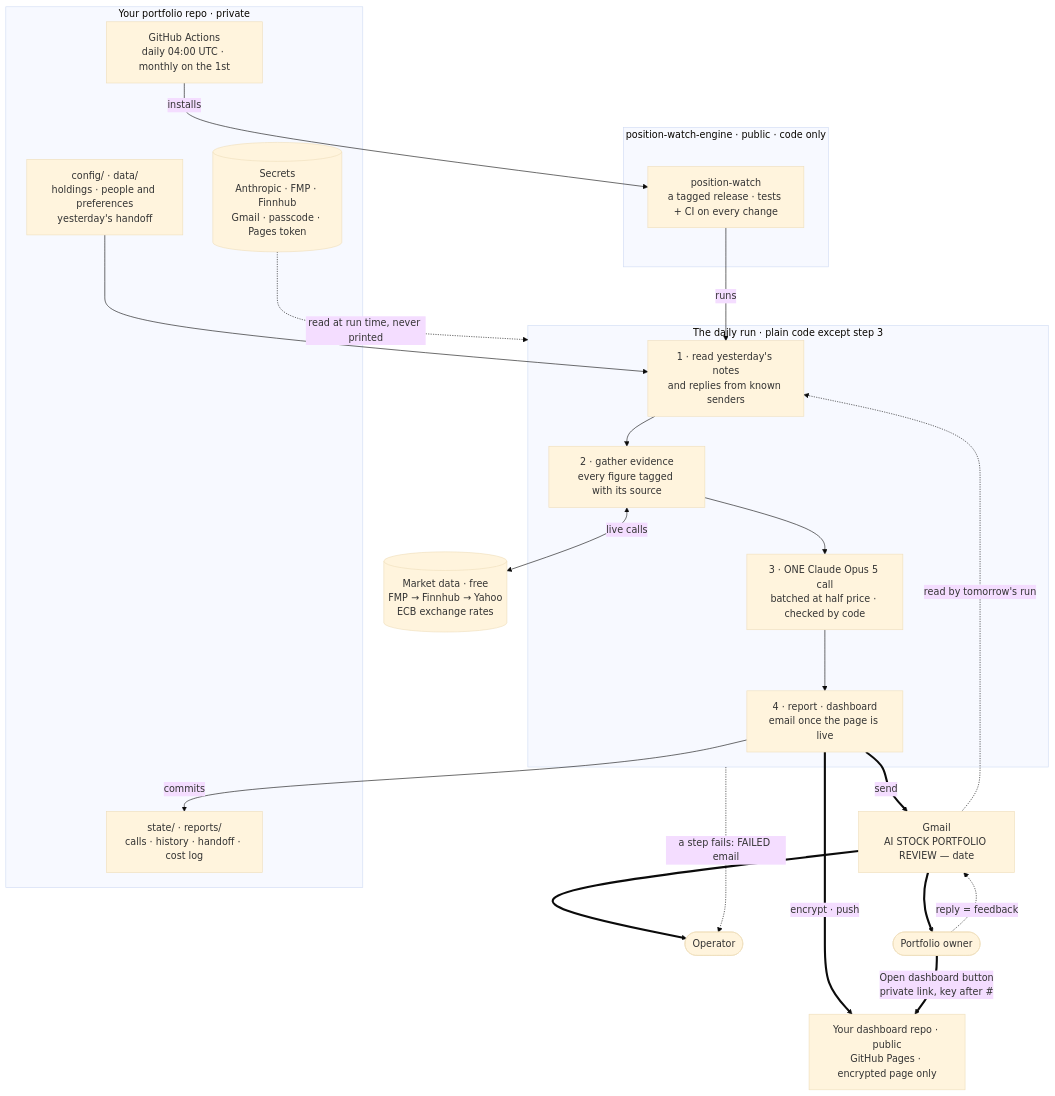
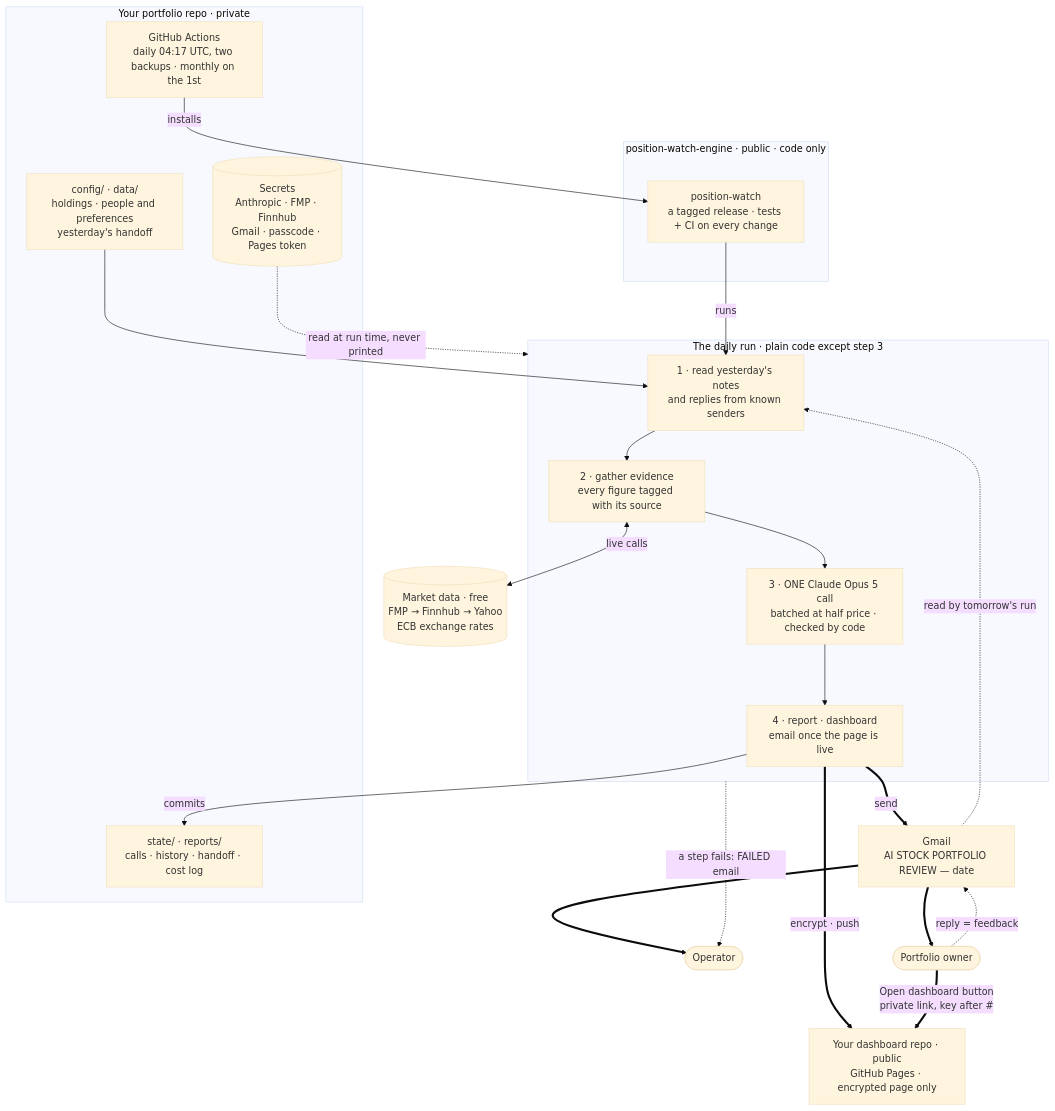
One commit to alexdiehl0/position-watch-engine changed the first of 3 diagrams in docs/architecture.md. Above: the diagram before and after it, drawn with Mermaid (base theme). The commit also changed other lines of this file and 3 other files, not shown here.

````diff
--- a/docs/architecture.md
+++ b/docs/architecture.md
@@ -9,41 +9,41 @@
 ```mermaid
 flowchart TB
   subgraph ENGINE["position-watch-engine · public · code only"]
     PKG["position-watch<br/>a tagged release · tests + CI on every change"]
   end
 
   subgraph REPO["Your portfolio repo · private"]
-    CRON["GitHub Actions<br/>daily 04:00 UTC · monthly on the 1st"]
+    CRON["GitHub Actions<br/>daily 04:17 UTC, two backups · monthly on the 1st"]
     SEC[("Secrets<br/>Anthropic · FMP · Finnhub<br/>Gmail · passcode · Pages token")]
     IN["config/ · data/<br/>holdings · people and preferences<br/>yesterday's handoff"]
     OUT["state/ · reports/<br/>calls · history · handoff · cost log"]
   end
 
   subgraph RUN["The daily run · plain code except step 3"]
     S1["1 · read yesterday's notes<br/>and replies from known senders"]
     S2["2 · gather evidence<br/>every figure tagged with its source"]
     S3["3 · ONE Claude Opus 5 call<br/>batched at half price · checked by code"]
     S4["4 · report · dashboard<br/>email once the page is live"]
     S1 --> S2 --> S3 --> S4
   end
 
   MK[("Market data · free<br/>FMP → Finnhub → Yahoo<br/>ECB exchange rates")]
   PAGES["Your dashboard repo · public<br/>GitHub Pages · encrypted page only"]
   MAIL["Gmail<br/>AI STOCK PORTFOLIO REVIEW — date"]
   OP(["Operator"])
   OWN(["Portfolio owner"])
 
   CRON -->|"installs"| PKG
   PKG -->|"runs"| S1
   SEC -.->|"read at run time, never printed"| RUN
   IN --> S1
   S2 <-->|"live calls"| MK
   S4 -->|"commits"| OUT
   S4 ==>|"encrypt · push"| PAGES
   S4 ==>|"send"| MAIL
   MAIL ==> OP & OWN
   OWN ==>|"Open dashboard button<br/>private link, key after #"| PAGES
   OWN -.->|"reply = feedback"| MAIL
   MAIL -.->|"read by tomorrow's run"| S1
   RUN -.->|"a step fails: FAILED email"| OP
 ```
````
